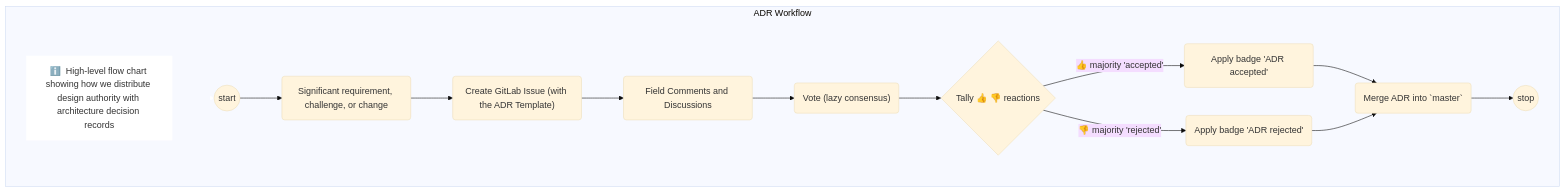
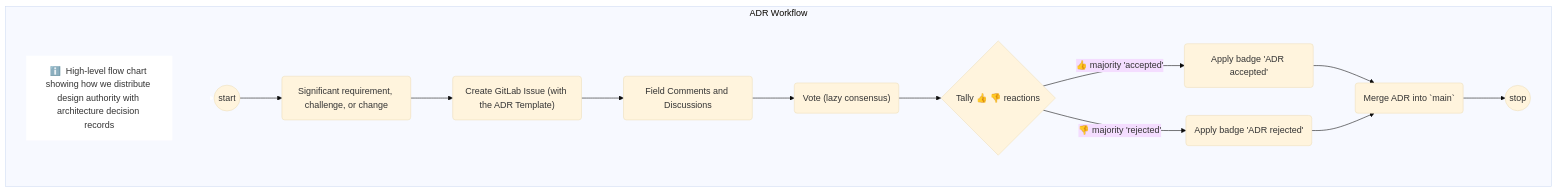
One commit to commonality/archetypes-rules changed the diagram in docs/adr/adr-0001-architecture-decision-record-use-adrs.md. Above: the diagram before and after it, drawn with Mermaid (base theme). The commit also changed other lines of this file and 36 other files, not shown here.

````diff
--- a/docs/adr/adr-0001-architecture-decision-record-use-adrs.md
+++ b/docs/adr/adr-0001-architecture-decision-record-use-adrs.md
@@ -43,22 +43,22 @@
 ```mermaid
 graph TD
 
 subgraph ADR Workflow
 
 title["ℹ️  High-level flow chart showing how we distribute design authority with architecture decision records"]
 title-->A
 style title fill:#FFF,stroke:#FFF
 linkStyle 0 stroke:#FFF,stroke-width:0;
 
   A(("start")) --> B(Significant requirement, challenge, or change)
   B --> C("Create GitLab Issue (with the ADR Template)")
   C --> D("Field Comments and Discussions")
   D --> E("Vote (lazy consensus)")
   E --> F{"Tally 👍  👎  reactions"}
   F --> |"👍 majority 'accepted'"| G("Apply badge 'ADR accepted'")
   F --> |"👎 majority 'rejected'"| H("Apply badge 'ADR rejected'")
   G --> I
-  H --> I("Merge ADR into `master`")
+  H --> I("Merge ADR into `main`")
   I --> J(("stop"))
 end
 ```
````
